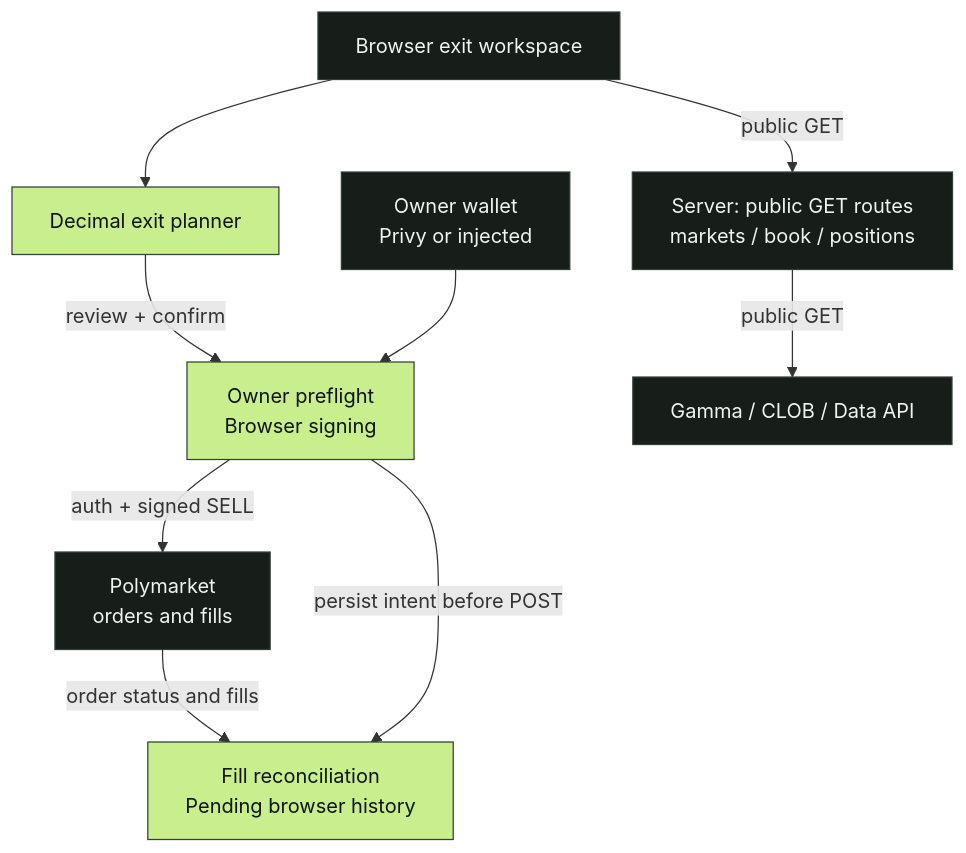
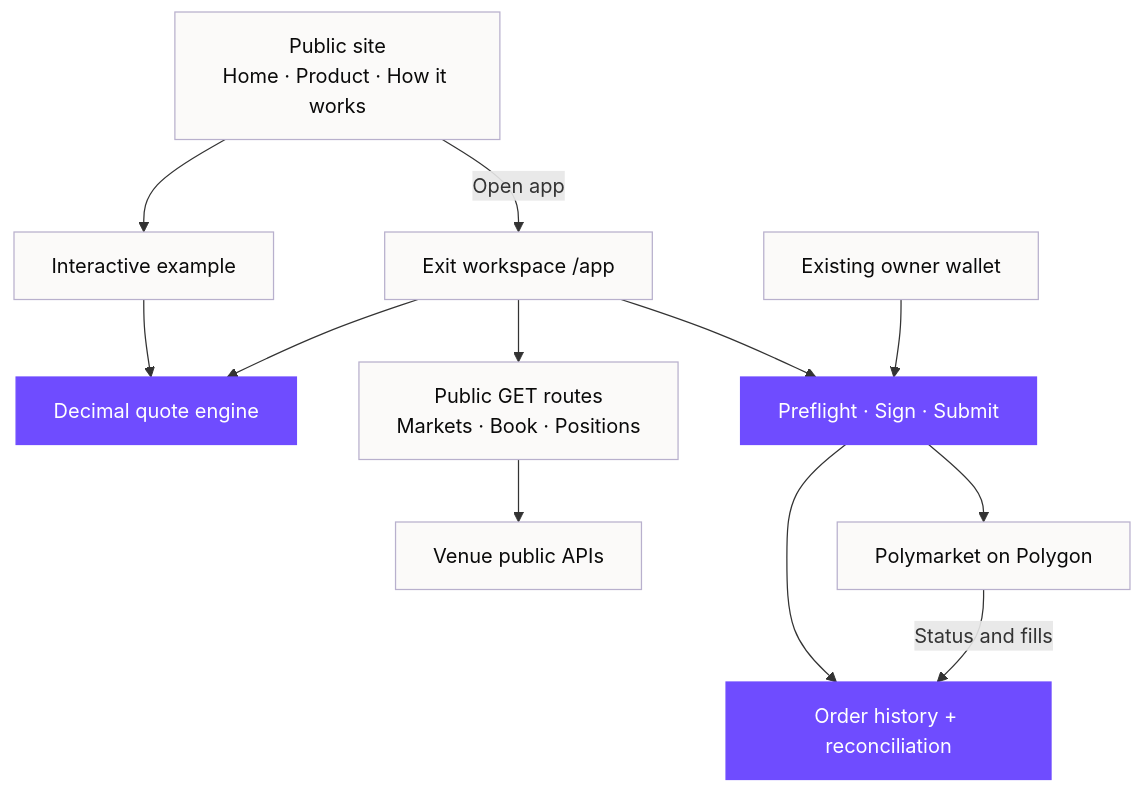
Before and after one commit to mohit-1710/closeout: the first of 2 diagrams in README.md, drawn with Mermaid. The commit also changed other lines of this file and 54 other files, not shown here.

````diff
--- a/README.md
+++ b/README.md
@@ -53,22 +53,26 @@
 ```mermaid
 flowchart TB
-  UI["Browser exit workspace"]
-  ENGINE["Decimal exit planner"]
-  SIGN["Owner preflight<br/>Browser signing"]
-  HISTORY["Fill reconciliation<br/>Pending browser history"]
-  WALLET["Owner wallet<br/>Privy or injected"]
-  API["Server: public GET routes<br/>markets / book / positions"]
-  PUBLIC["Gamma / CLOB / Data API"]
-  CLOB["Polymarket<br/>orders and fills"]
-  UI --> ENGINE
-  ENGINE -->|review + confirm| SIGN
-  WALLET --> SIGN
-  UI -->|public GET| API
-  API -->|public GET| PUBLIC
-  SIGN -->|auth + signed SELL| CLOB
-  CLOB -->|order status and fills| HISTORY
-  SIGN -->|persist intent before POST| HISTORY
-  classDef default fill:#171d19,stroke:#334037,color:#f0f4ef
-  classDef key fill:#c8ee8d,stroke:#334037,color:#101512
-  class ENGINE,SIGN,HISTORY key
+  SITE["Public site<br/>Home · Product · How it works"]
+  PREVIEW["Interactive example"]
+  APP["Exit workspace /app"]
+  QUOTE["Decimal quote engine"]
+  API["Public GET routes<br/>Markets · Book · Positions"]
+  DATA["Venue public APIs"]
+  WALLET["Existing owner wallet"]
+  TRADE["Preflight · Sign · Submit"]
+  HISTORY["Order history + reconciliation"]
+  VENUE["Polymarket on Polygon"]
+  SITE --> PREVIEW
+  PREVIEW --> QUOTE
+  SITE -->|Open app| APP
+  APP --> QUOTE
+  APP --> API --> DATA
+  APP --> TRADE
+  WALLET --> TRADE
+  TRADE --> VENUE
+  TRADE --> HISTORY
+  VENUE -->|Status and fills| HISTORY
+  classDef default fill:#fbfaf9,stroke:#b8b0cd,color:#0a0a0a
+  classDef core fill:#6f4cff,stroke:#6f4cff,color:#ffffff
+  class QUOTE,TRADE,HISTORY core
 ```
````
